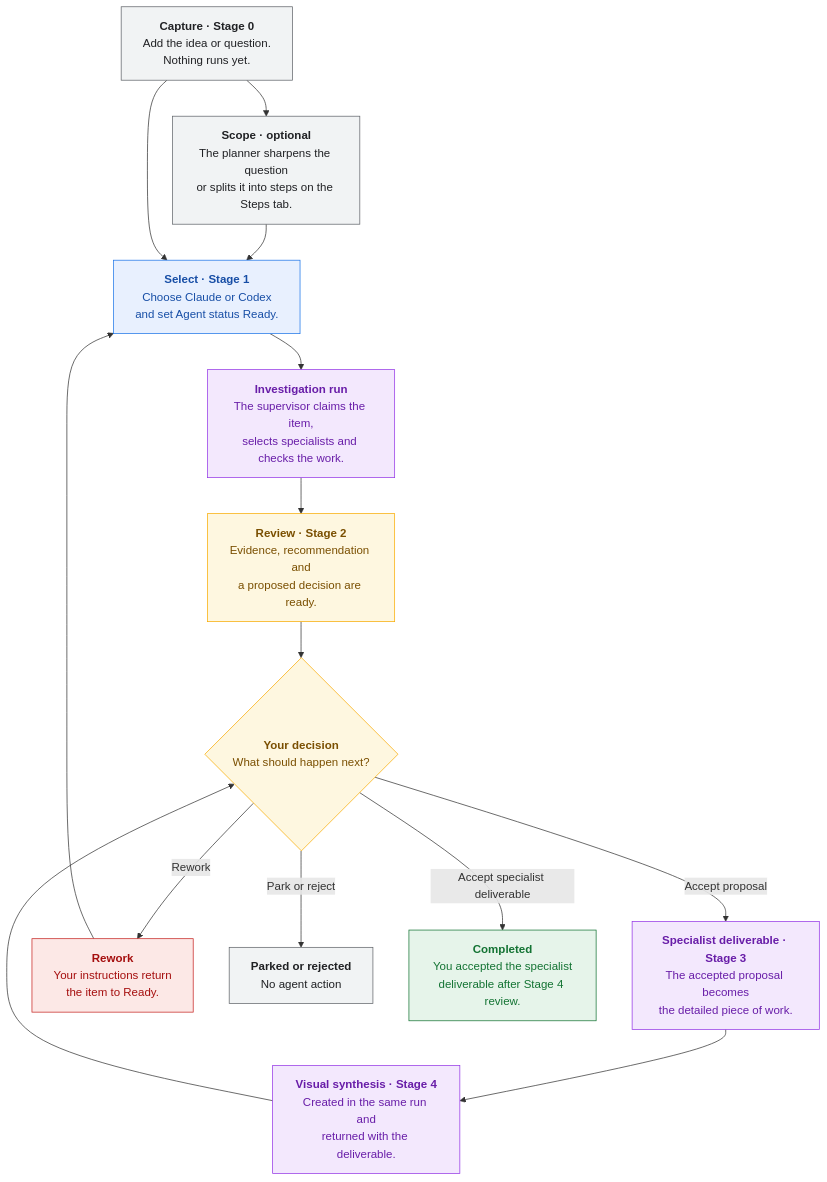
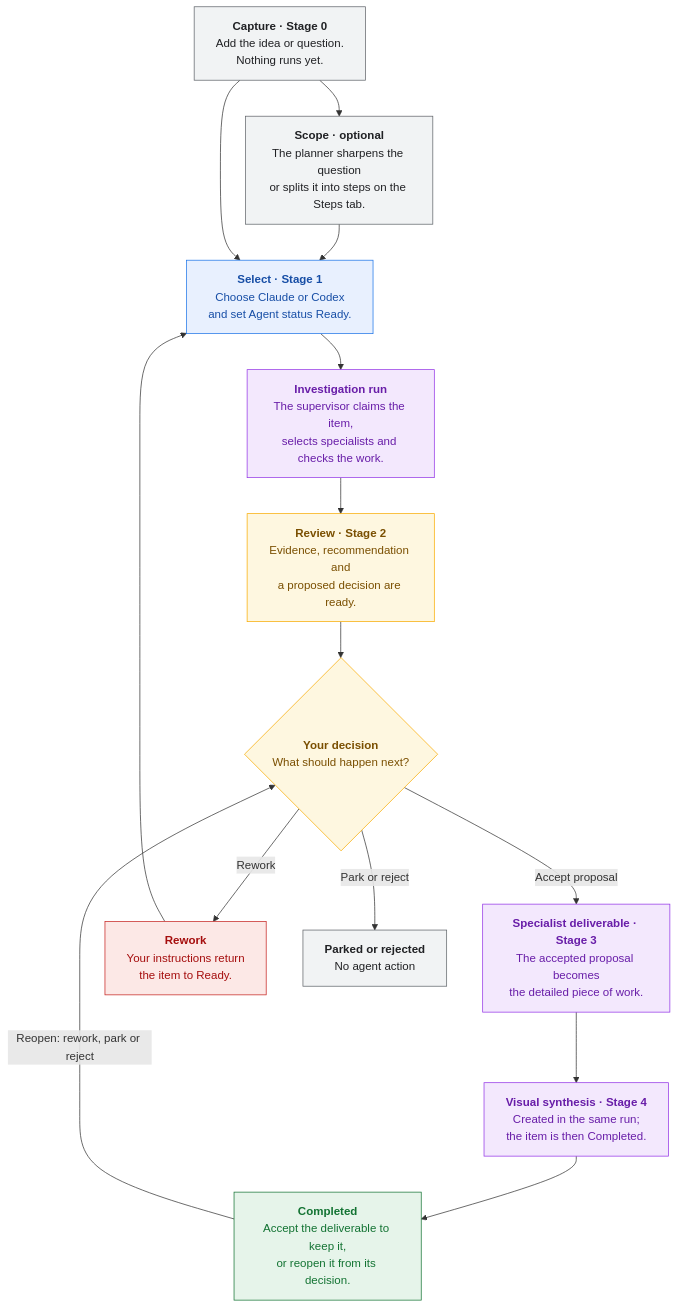
One commit to Welladino/Horology changed the second of 3 diagrams in docs/runbook/setup/how-horology-works.md. Above: the diagram before and after it, drawn with Mermaid. The commit also changed other lines of this file and 18 other files, not shown here.

First line of the commit message:
Stage 4 items end Completed, with their decision still open (HOR-14)

````diff
--- a/docs/runbook/setup/how-horology-works.md
+++ b/docs/runbook/setup/how-horology-works.md
@@ -71,35 +71,35 @@
 ```mermaid
 flowchart TB
   capture["<b>Capture · Stage 0</b><br/>Add the idea or question.<br/>Nothing runs yet."]
   plan["<b>Scope · optional</b><br/>The planner sharpens the question<br/>or splits it into steps on the Steps tab."]
   ready["<b>Select · Stage 1</b><br/>Choose Claude or Codex<br/>and set Agent status Ready."]
   investigate["<b>Investigation run</b><br/>The supervisor claims the item,<br/>selects specialists and checks the work."]
   proposal["<b>Review · Stage 2</b><br/>Evidence, recommendation and<br/>a proposed decision are ready."]
   decision{"<b>Your decision</b><br/>What should happen next?"}
   deliverable["<b>Specialist deliverable · Stage 3</b><br/>The accepted proposal becomes<br/>the detailed piece of work."]
-  synthesis["<b>Visual synthesis · Stage 4</b><br/>Created in the same run and<br/>returned with the deliverable."]
+  synthesis["<b>Visual synthesis · Stage 4</b><br/>Created in the same run;<br/>the item is then Completed."]
   revise["<b>Rework</b><br/>Your instructions return<br/>the item to Ready."]
   stopped["<b>Parked or rejected</b><br/>No agent action"]
-  done["<b>Completed</b><br/>You accepted the specialist<br/>deliverable after Stage 4 review."]
+  done["<b>Completed</b><br/>Accept the deliverable to keep it,<br/>or reopen it from its decision."]
 
   capture --> plan --> ready
   capture --> ready
   ready --> investigate --> proposal --> decision
-  decision -->|Accept proposal| deliverable --> synthesis --> decision
+  decision -->|Accept proposal| deliverable --> synthesis --> done
   decision -->|Rework| revise --> ready
   decision -->|Park or reject| stopped
-  decision -->|Accept specialist deliverable| done
+  done -->|Reopen: rework, park or reject| decision
 
   classDef captureStyle fill:#f1f3f4,stroke:#5f6368,color:#202124
   classDef selected fill:#e8f0fe,stroke:#1a73e8,color:#174ea6
   classDef agent fill:#f3e8fd,stroke:#9334e6,color:#681da8
   classDef review fill:#fef7e0,stroke:#f9ab00,color:#7a4f01
   classDef success fill:#e6f4ea,stroke:#137333,color:#137333
   classDef reviseStyle fill:#fce8e6,stroke:#c5221f,color:#a50e0e
   class capture,plan,stopped captureStyle
   class ready selected
   class investigate,deliverable,synthesis agent
   class proposal,decision review
   class done success
   class revise reviseStyle
 ```
````
